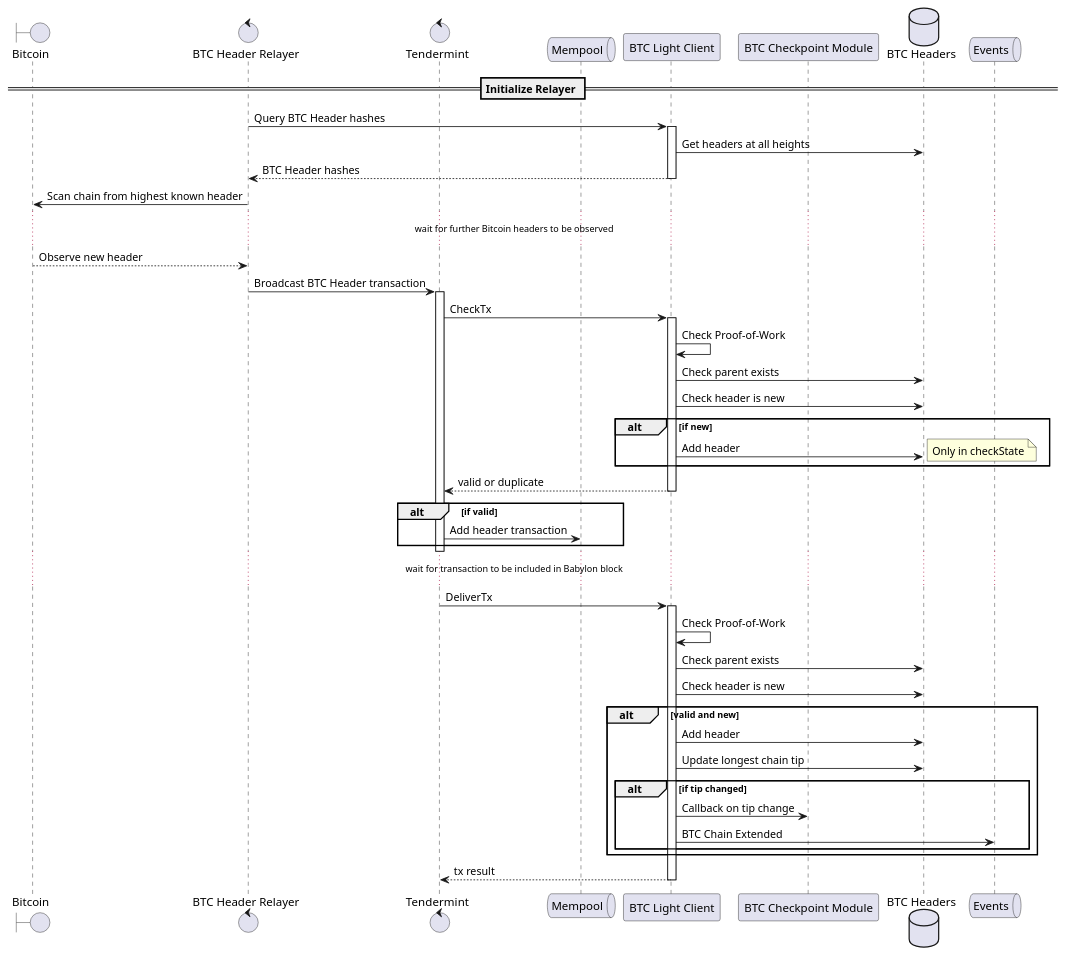
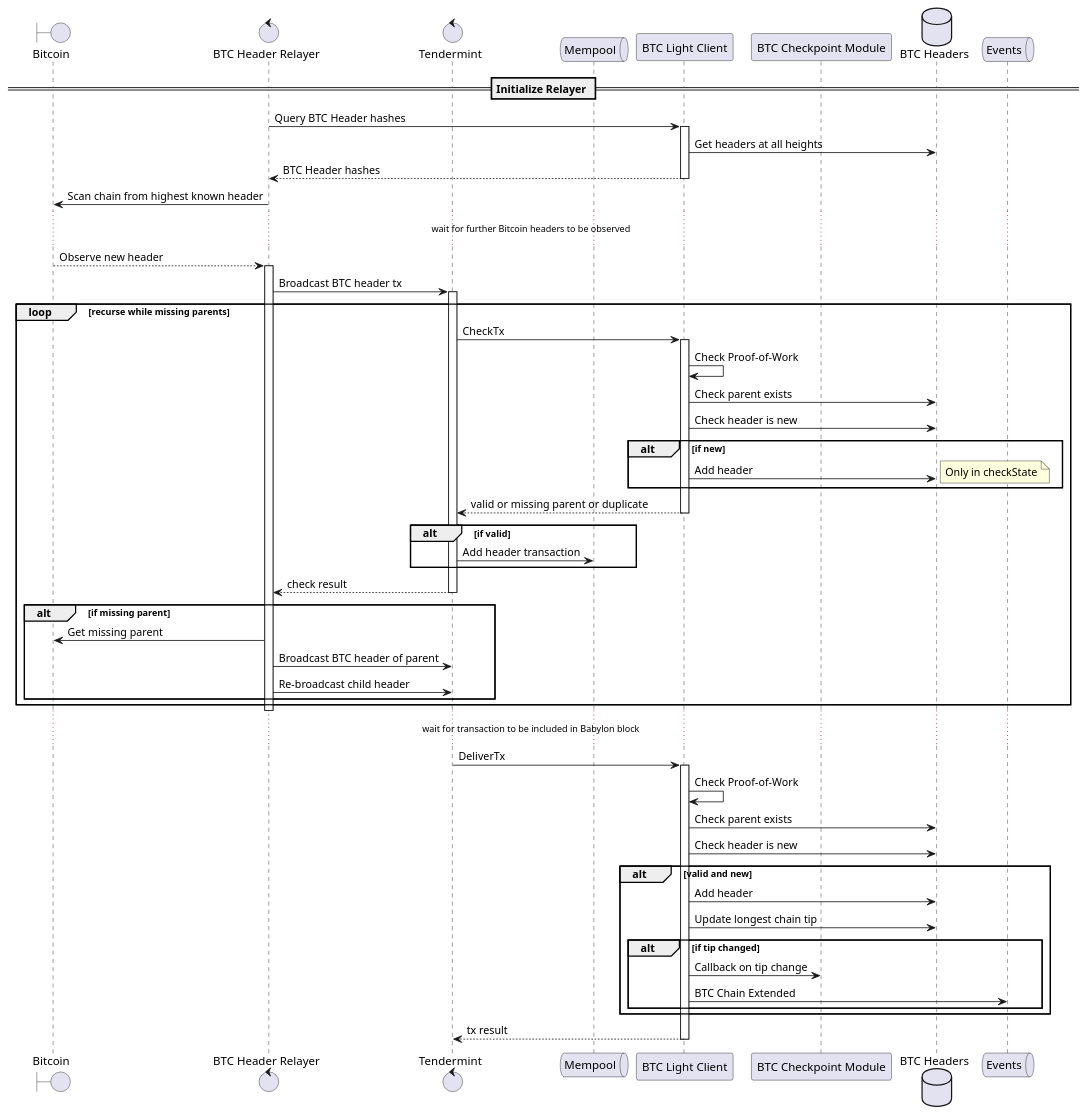
The diagram in docs/diagrams/btc_light_client.puml (babylonchain/babylon), drawn with PlantUML before and after one commit. The commit also changed 1 other file, not shown here.

Commit message:
BM-4: Send missing parent block header.

```diff
--- a/docs/diagrams/btc_light_client.puml
+++ b/docs/diagrams/btc_light_client.puml
@@ -1,56 +1,66 @@
 @startuml Submit Checkpoint
 boundary    Bitcoin
 control     "BTC Header Relayer" as relayer
 control     Tendermint
 queue       Mempool
 participant "BTC Light Client"  as btclightclient
 participant "BTC Checkpoint Module" as btccheckpoint
 database    "BTC Headers" as btcheaders
 queue       Events
 
 == Initialize Relayer ==
 
 relayer -> btclightclient ++ : Query BTC Header hashes
 btclightclient -> btcheaders : Get headers at all heights
 return BTC Header hashes
 
 relayer -> Bitcoin : Scan chain from highest known header
 
 ... wait for further Bitcoin headers to be observed ...
 
-Bitcoin --> relayer : Observe new header
-relayer -> Tendermint ++ : Broadcast BTC Header transaction
+Bitcoin --> relayer ++ : Observe new header
 
-Tendermint -> btclightclient ++ : CheckTx
-btclightclient -> btclightclient : Check Proof-of-Work
-btclightclient -> btcheaders : Check parent exists
-btclightclient -> btcheaders : Check header is new
-alt if new
-  btclightclient -> btcheaders : Add header
-  note right
-    Only in checkState
-  end note
+relayer -> Tendermint ++ : Broadcast BTC header tx
+
+loop recurse while missing parents
+  Tendermint -> btclightclient ++ : CheckTx
+  btclightclient -> btclightclient : Check Proof-of-Work
+  btclightclient -> btcheaders : Check parent exists
+  btclightclient -> btcheaders : Check header is new
+  alt if new
+    btclightclient -> btcheaders : Add header
+    note right
+      Only in checkState
+    end note
+  end
+  return valid or missing parent or duplicate
+  alt if valid
+    Tendermint -> Mempool : Add header transaction
+  end
+  return check result
+
+  alt if missing parent
+    relayer -> Bitcoin : Get missing parent
+    relayer -> Tendermint : Broadcast BTC header of parent
+    relayer -> Tendermint : Re-broadcast child header
+  end
 end
-return valid or duplicate
-alt if valid
-  Tendermint -> Mempool : Add header transaction
-end
-deactivate Tendermint
+deactivate relayer
 
 ... wait for transaction to be included in Babylon block ...
 
 Tendermint -> btclightclient ++ : DeliverTx
 btclightclient -> btclightclient : Check Proof-of-Work
 btclightclient -> btcheaders : Check parent exists
 btclightclient -> btcheaders : Check header is new
 alt valid and new
   btclightclient -> btcheaders : Add header
   btclightclient -> btcheaders : Update longest chain tip
   alt if tip changed
     btclightclient -> btccheckpoint : Callback on tip change
     btclightclient -> Events : BTC Chain Extended
   end
 end
 return tx result
 
 @enduml
```
